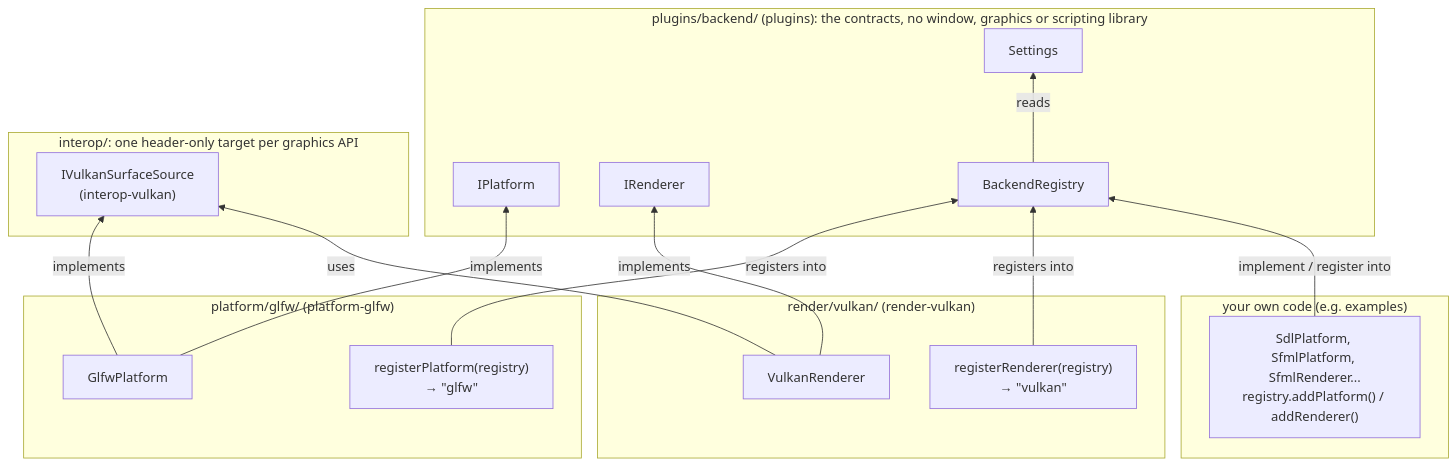
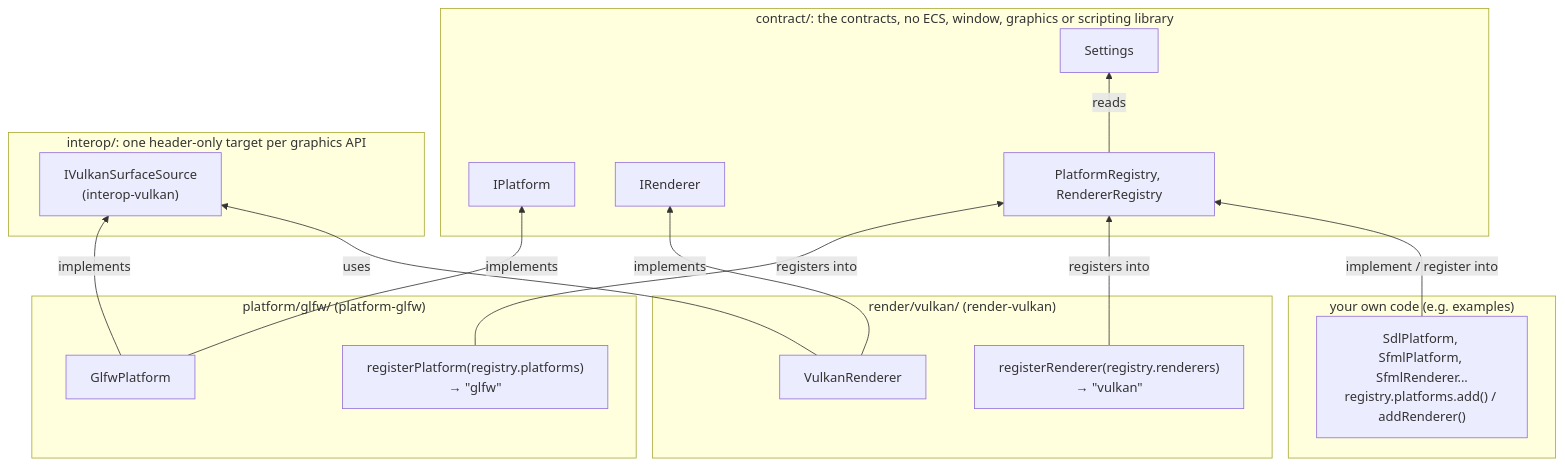
Before and after one commit to Charles-Mahoudeau/rtype: the first of 2 diagrams in docs/Backend.md, drawn with Mermaid. The commit also changed other lines of this file and 19 other files, not shown here.

First line of the commit message:
docs(plugins): describe the contracts and the plugin libraries

````diff
--- a/docs/Backend.md
+++ b/docs/Backend.md
@@ -19,36 +19,36 @@
 ```mermaid
 flowchart BT
-    subgraph CORE["plugins/backend/ (plugins): the contracts, no window, graphics or scripting library"]
+    subgraph CORE["contract/: the contracts, no ECS, window, graphics or scripting library"]
         IP["IPlatform"]
         IR["IRenderer"]
         ST["Settings"]
-        BR["BackendRegistry"]
+        BR["PlatformRegistry, RendererRegistry"]
     end
 
     subgraph INTEROP["interop/: one header-only target per graphics API"]
         IV["IVulkanSurfaceSource<br/>(interop-vulkan)"]
     end
 
     subgraph PLATFORM["platform/glfw/ (platform-glfw)"]
         GP["GlfwPlatform"]
-        RP["registerPlatform(registry)<br/>→ &quot;glfw&quot;"]
+        RP["registerPlatform(registry.platforms)<br/>→ &quot;glfw&quot;"]
     end
 
     subgraph VULKAN["render/vulkan/ (render-vulkan)"]
         VR["VulkanRenderer"]
-        RR["registerRenderer(registry)<br/>→ &quot;vulkan&quot;"]
+        RR["registerRenderer(registry.renderers)<br/>→ &quot;vulkan&quot;"]
     end
 
     subgraph OWN["your own code (e.g. examples)"]
-        OB["SdlPlatform, SfmlPlatform, SfmlRenderer...<br/>registry.addPlatform() / addRenderer()"]
+        OB["SdlPlatform, SfmlPlatform, SfmlRenderer...<br/>registry.platforms.add() / addRenderer()"]
     end
 
     GP -- implements --> IP
     GP -- implements --> IV
     VR -- implements --> IR
     VR -- uses --> IV
     RP -- registers into --> BR
     RR -- registers into --> BR
     OB -- implement / register into --> BR
     BR -- reads --> ST
 ```
````
